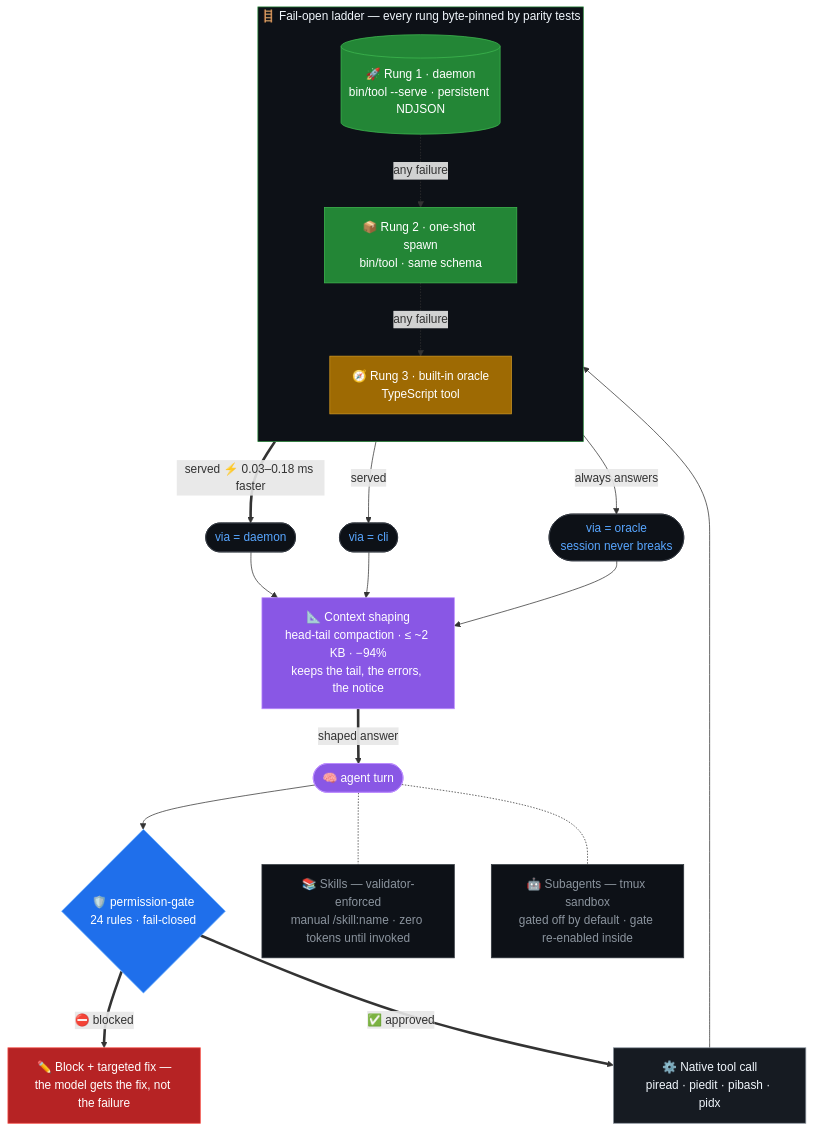
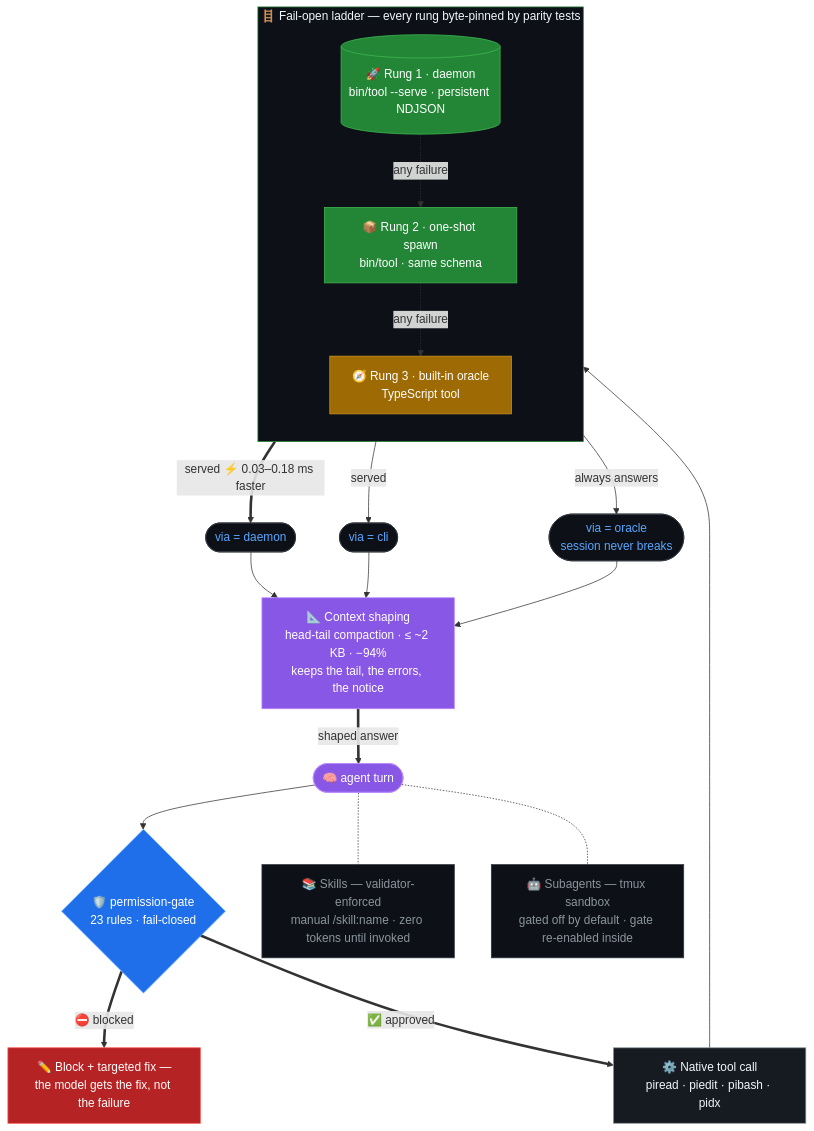
The diagram in README.md (nurmdrafi/pi-native), drawn with Mermaid before and after one commit. The commit also changed 6 other files, not shown here.

First line of the commit message:
feat(permission-gate): add LG1 loop guard for same-target churn (1b)

````diff
--- a/README.md
+++ b/README.md
@@ -88,48 +88,48 @@
 ```mermaid
 flowchart TD
-    M(["🧠 agent turn"]) --> PG{"🛡️ permission-gate<br/>24 rules · fail-closed"}
+    M(["🧠 agent turn"]) --> PG{"🛡️ permission-gate<br/>23 rules · fail-closed"}
     PG ==>|"⛔ blocked"| BX["✏️ Block + targeted fix —<br/>the model gets the fix, not the failure"]
     PG ==>|"✅ approved"| TC["⚙️ Native tool call<br/>piread · piedit · pibash · pidx"]
 
     subgraph LADDER["🪜 Fail-open ladder — every rung byte-pinned by parity tests"]
         direction TB
         D1[("🚀 Rung 1 · daemon<br/>bin/tool --serve · persistent NDJSON")]
         D2["📦 Rung 2 · one-shot spawn<br/>bin/tool · same schema"]
         D3["🧭 Rung 3 · built-in oracle<br/>TypeScript tool"]
     end
 
     TC --> D1
     D1 ==>|"served ⚡ 0.03–0.18 ms faster"| V1(["via = daemon"])
     D1 -.->|"any failure"| D2
     D2 -->|"served"| V2(["via = cli"])
     D2 -.->|"any failure"| D3
     D3 -->|"always answers"| V3(["via = oracle<br/>session never breaks"])
 
     V1 --> CS["📐 Context shaping<br/>head-tail compaction · ≤ ~2 KB · −94%<br/>keeps the tail, the errors, the notice"]
     V2 --> CS
     V3 --> CS
     CS ==>|"shaped answer"| M
 
     M -.- SK["📚 Skills — validator-enforced<br/>manual /skill:name · zero tokens until invoked"]
     M -.- SA["🤖 Subagents — tmux sandbox<br/>gated off by default · gate re-enabled inside"]
 
     classDef turn fill:#8957e5,stroke:#bc8cff,color:#ffffff
     classDef gate fill:#1f6feb,stroke:#58a6ff,color:#ffffff
     classDef blocked fill:#b62324,stroke:#f85149,color:#ffffff
     classDef tools fill:#161b22,stroke:#8b949e,color:#f0f6fc
     classDef rung fill:#238636,stroke:#3fb950,color:#ffffff
     classDef oracle fill:#9e6a03,stroke:#d29922,color:#ffffff
     classDef served fill:#0d1117,stroke:#30363d,color:#58a6ff
     classDef shape fill:#8957e5,stroke:#bc8cff,color:#ffffff
     classDef side fill:#0d1117,stroke:#30363d,color:#8b949e
     class M turn
     class PG gate
     class BX blocked
     class TC tools
     class D1,D2 rung
     class D3 oracle
     class V1,V2,V3 served
     class CS shape
     class SK,SA side
     style LADDER fill:#0d1117,stroke:#238636,color:#f0f6fc
 ```
````
